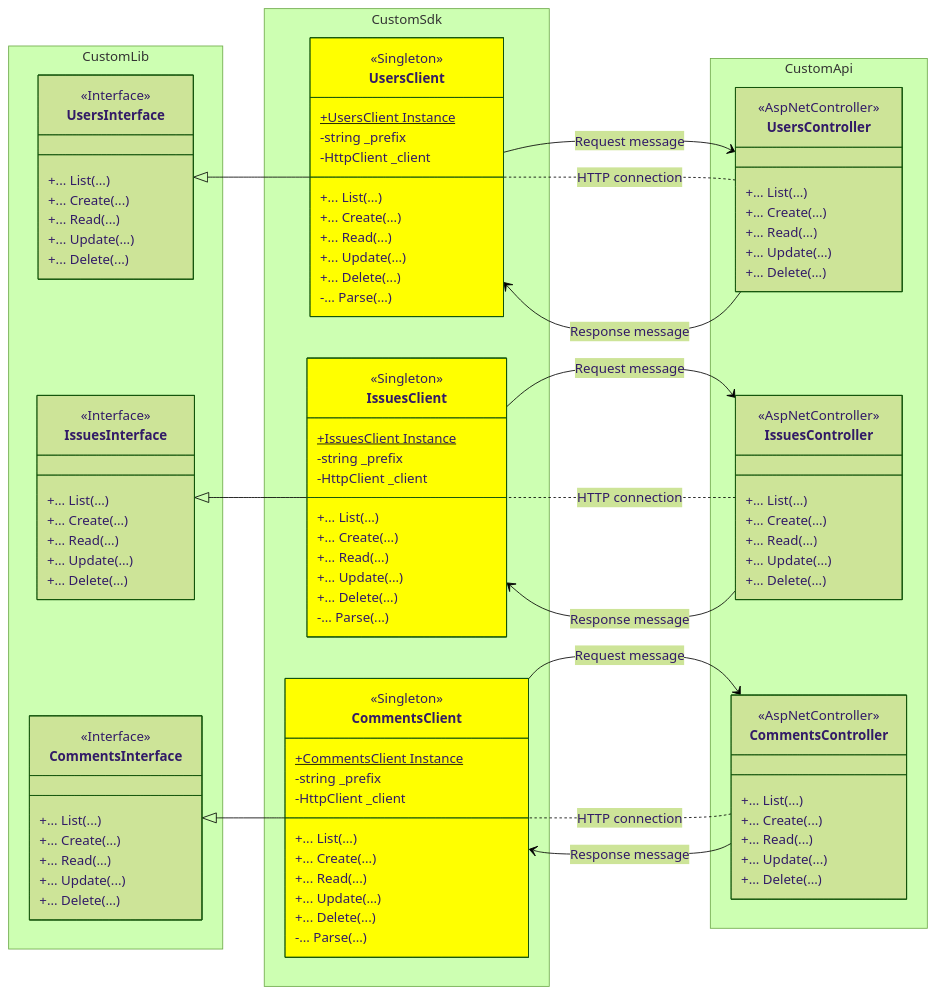
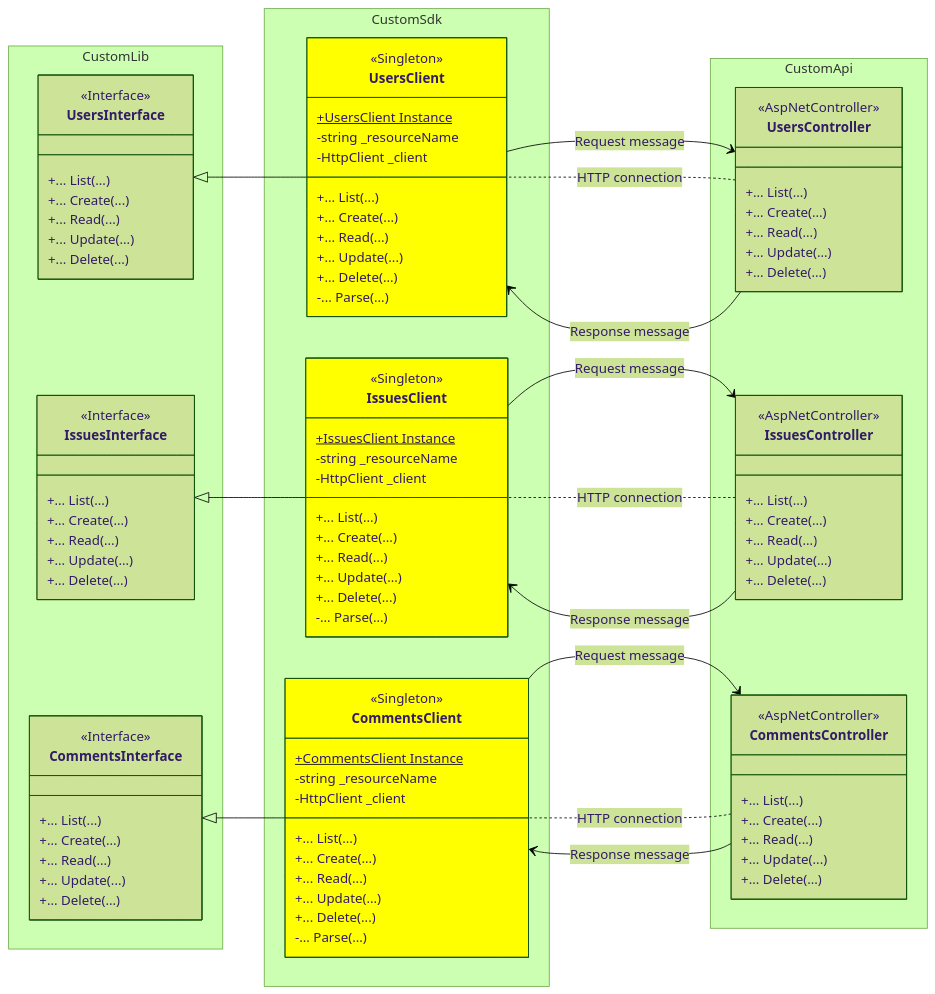
One commit to ghackenberg/csharp-maui-aspnet-sample changed the diagram in Models/Client/Full.mmd. Above: the diagram before and after it, drawn with Mermaid (forest theme). The commit also changed 9 other files, not shown here.

```diff
--- a/Models/Client/Full.mmd
+++ b/Models/Client/Full.mmd
@@ -1,118 +1,118 @@
 classDiagram
 
     direction RL
 
     namespace CustomApi {
         class UsersController {
             <<AspNetController>>
             +... List(...)
             +... Create(...)
             +... Read(...)
             +... Update(...)
             +... Delete(...)
         }
         class IssuesController {
             <<AspNetController>>
             +... List(...)
             +... Create(...)
             +... Read(...)
             +... Update(...)
             +... Delete(...)
         }
         class CommentsController {
             <<AspNetController>>
             +... List(...)
             +... Create(...)
             +... Read(...)
             +... Update(...)
             +... Delete(...)
         }
     }
 
     namespace CustomLib {
         class UsersInterface {
             <<Interface>>
             +... List(...)
             +... Create(...)
             +... Read(...)
             +... Update(...)
             +... Delete(...)
         }
         class IssuesInterface {
             <<Interface>>
             +... List(...)
             +... Create(...)
             +... Read(...)
             +... Update(...)
             +... Delete(...)
         }
         class CommentsInterface {
             <<Interface>>
             +... List(...)
             +... Create(...)
             +... Read(...)
             +... Update(...)
             +... Delete(...)
         }
     }
 
     namespace CustomSdk {
         class UsersClient {
             <<Singleton>>
             +UsersClient Instance$
-            -string _prefix
+            -string _resourceName
             -HttpClient _client
             +... List(...)
             +... Create(...)
             +... Read(...)
             +... Update(...)
             +... Delete(...)
             -... Parse(...)
         }
         class IssuesClient {
             <<Singleton>>
             +IssuesClient Instance$
-            -string _prefix
+            -string _resourceName
             -HttpClient _client
             +... List(...)
             +... Create(...)
             +... Read(...)
             +... Update(...)
             +... Delete(...)
             -... Parse(...)
         }
         class CommentsClient {
             <<Singleton>>
             +CommentsClient Instance$
-            -string _prefix
+            -string _resourceName
             -HttpClient _client
             +... List(...)
             +... Create(...)
             +... Read(...)
             +... Update(...)
             +... Delete(...)
             -... Parse(...)
         }
     }
 
     UsersController <-- UsersClient : Request message
     UsersController .. UsersClient : HTTP connection
     UsersController --> UsersClient : Response message
 
     UsersClient --|> UsersInterface
 
     IssuesController <-- IssuesClient : Request message
     IssuesController .. IssuesClient : HTTP connection
     IssuesController --> IssuesClient : Response message
 
     IssuesClient --|> IssuesInterface
 
     CommentsController <-- CommentsClient : Request message
     CommentsController .. CommentsClient : HTTP connection
     CommentsController --> CommentsClient : Response message
 
     CommentsClient --|> CommentsInterface
 
     style UsersClient fill:yellow
     style IssuesClient fill:yellow
     style CommentsClient fill:yellow
```
